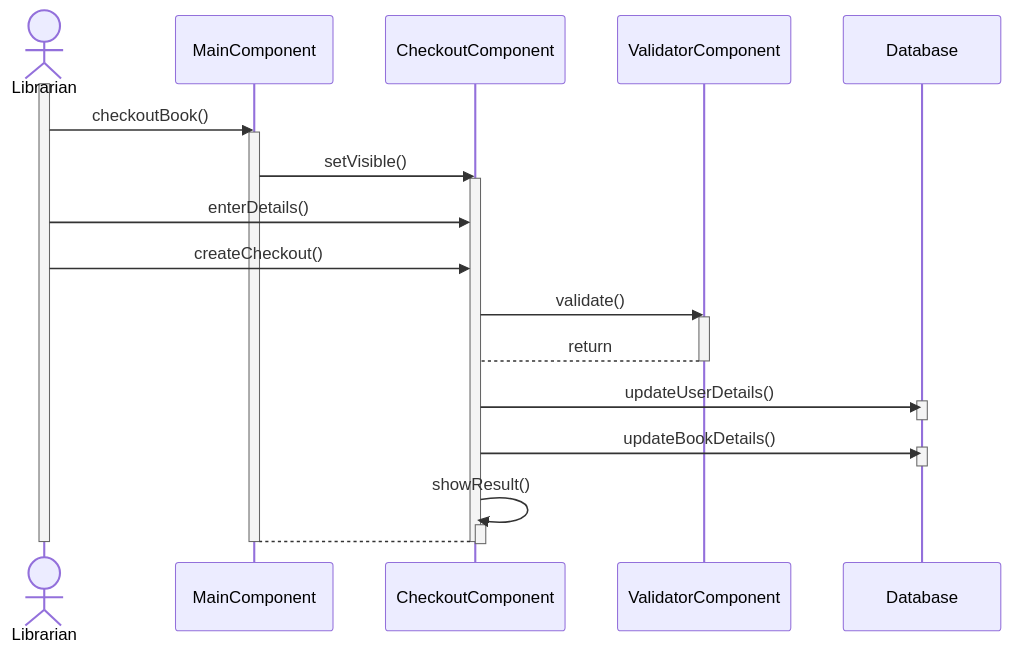
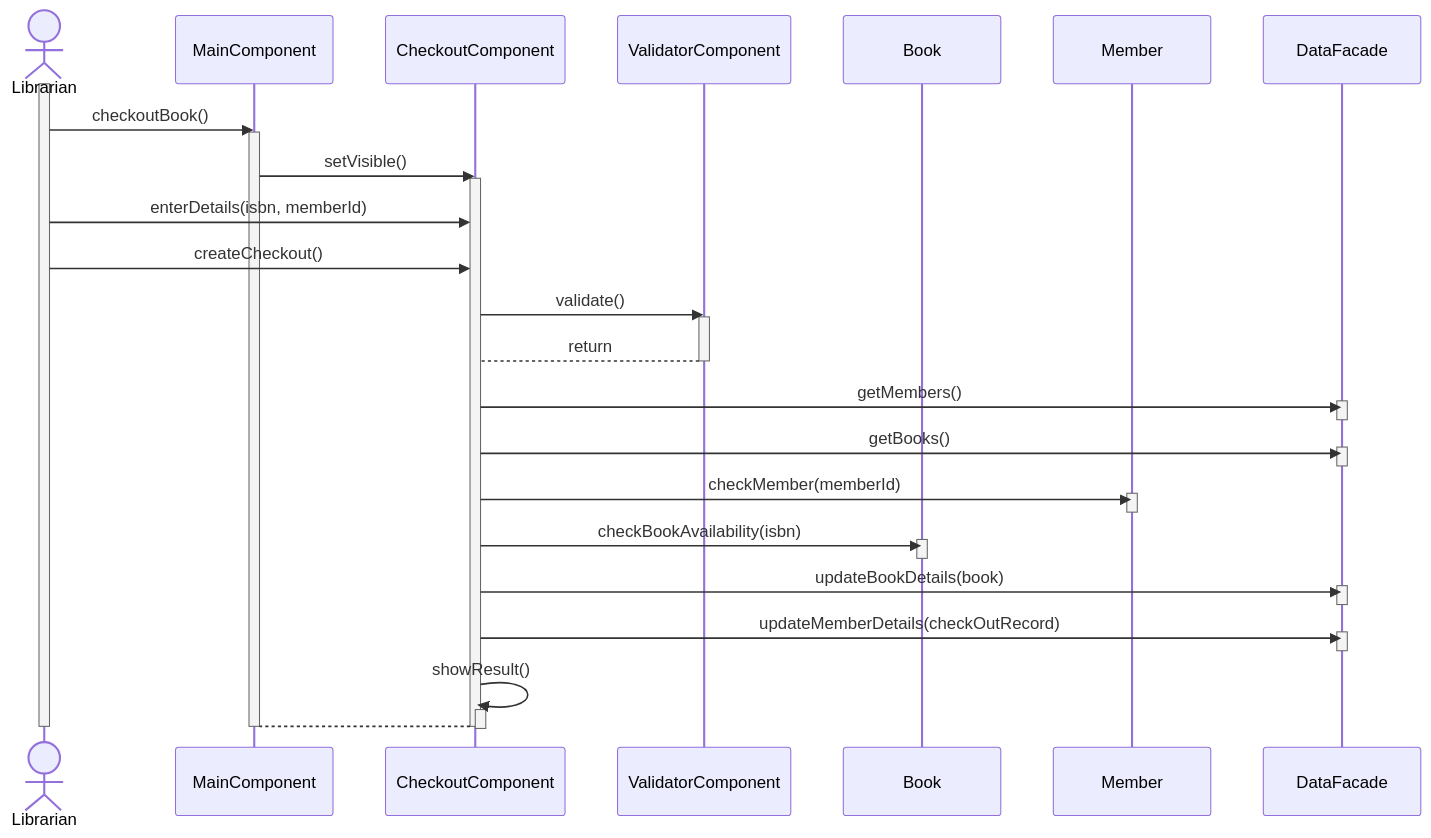
The diagram in docs/checkout-book.md (RazorSh4rk/MPP), drawn with Mermaid before and after one commit. The commit also changed 1 other file, not shown here.

Commit message:
Little changes on 2 main Sequence diagram mentioned in the requirement.

````diff
--- a/docs/checkout-book.md
+++ b/docs/checkout-book.md
@@ -9,33 +9,56 @@
 ```mermaid
 sequenceDiagram
     Actor A as Librarian
     Participant MC as MainComponent
     Participant CC as CheckoutComponent
     Participant V as ValidatorComponent
-    Participant DB as Database
+    Participant B as Book
+    Participant M as Member
+    Participant DF as DataFacade
 
     activate A
     A->>MC: checkoutBook()
     activate MC
     MC->>CC: setVisible()
     activate CC
-    A->>CC: enterDetails()
+    A->>CC: enterDetails(isbn, memberId)
     A->>CC: createCheckout()
+    
     CC->>V: validate()
     activate V
     V-->CC: return
     deactivate V
-    CC->>DB: updateUserDetails()
-    activate DB
-    deactivate DB
-    CC->>DB: updateBookDetails()
-    activate DB
-    deactivate DB
+    
+    CC->>DF: getMembers()
+    activate DF
+    deactivate DF
+    
+    CC->>DF: getBooks()
+    activate DF
+    deactivate DF
+    
+    CC->>M: checkMember(memberId)
+    activate M
+    deactivate M
+    
+    CC->>B: checkBookAvailability(isbn)
+    activate B
+    deactivate B
+    
+    CC->>DF: updateBookDetails(book)
+    activate DF
+    deactivate DF
+    
+    CC->>DF: updateMemberDetails(checkOutRecord)
+    activate DF
+    deactivate DF
+    
     CC->>CC: showResult()
     activate CC
     deactivate CC
+    
     CC-->MC: 
     deactivate CC
     deactivate MC
     deactivate A
 ```
````
